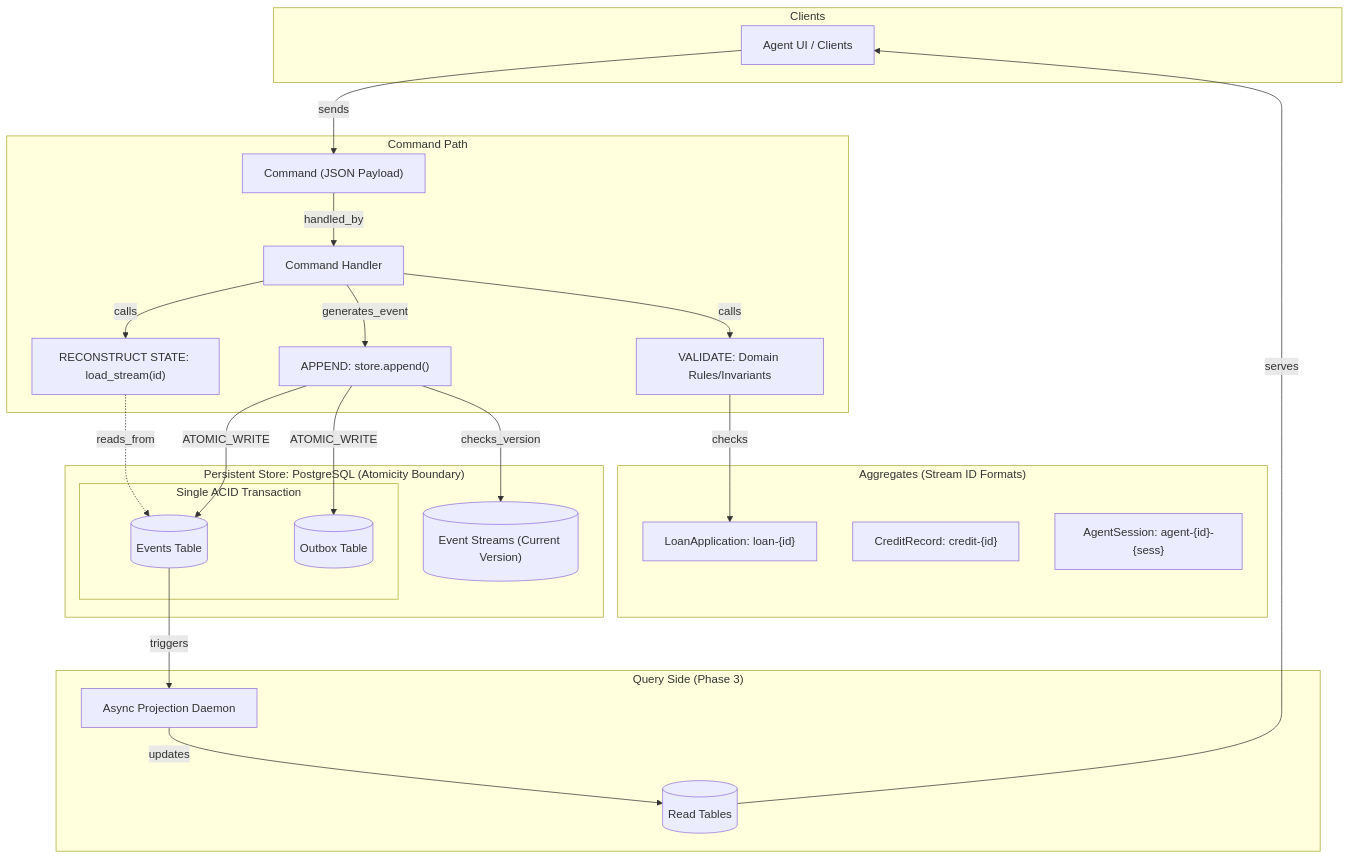
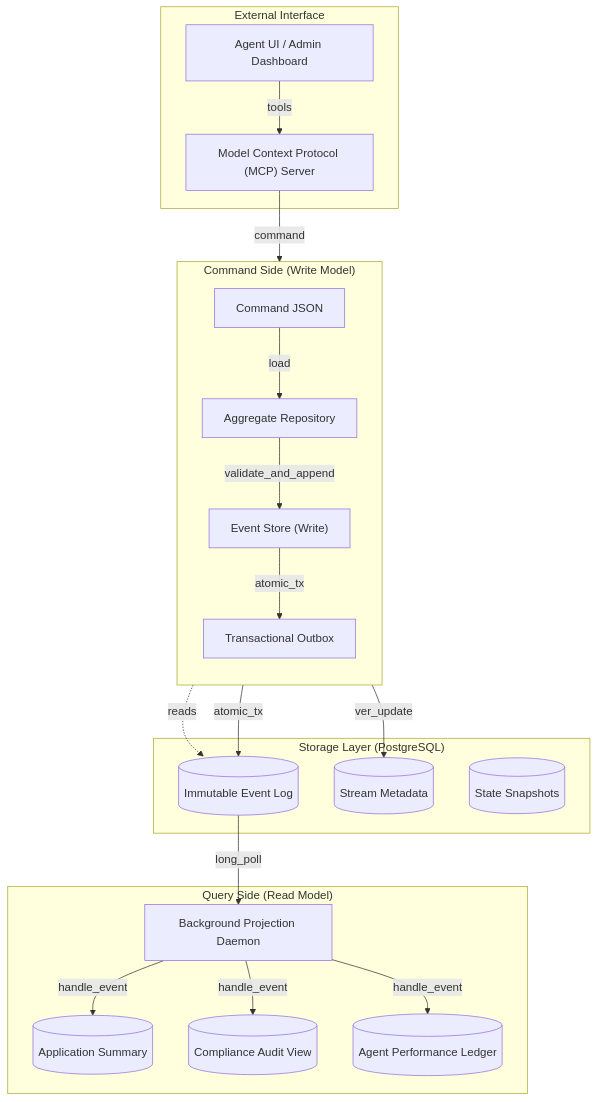
The diagram in FINAL_REPORT.md (richh-s/event-ledger-system), drawn with Mermaid before and after one commit. The commit also changed other lines of this file and 4 other files, not shown here.

````diff
--- a/FINAL_REPORT.md
+++ b/FINAL_REPORT.md
@@ -33,49 +77,42 @@
 ```mermaid
 graph TD
-    subgraph Clients
-        WEB["Agent UI / Clients"]
+    subgraph "External Interface"
+        UI["Agent UI / Admin Dashboard"]
+        MCP["Model Context Protocol (MCP) Server"]
     end
 
-    subgraph "Command Path"
-        CMD["Command (JSON Payload)"]
-        HND["Command Handler"]
-        LOAD["RECONSTRUCT STATE: load_stream(id)"]
-        VAL["VALIDATE: Domain Rules/Invariants"]
-        APPEND["APPEND: store.append()"]
+    subgraph "Command Side (Write Model)"
+        direction TB
+        CMD["Command JSON"]
+        REPO["Aggregate Repository"]
+        ES["Event Store (Write)"]
+        OUT["Transactional Outbox"]
     end
 
-    subgraph "Aggregates (Stream ID Formats)"
-        LA["LoanApplication: loan-{id}"]
-        CR["CreditRecord: credit-{id}"]
-        AS["AgentSession: agent-{id}-{sess}"]
+    subgraph "Storage Layer (PostgreSQL)"
+        DB_LOG[("Immutable Event Log")]
+        DB_META[("Stream Metadata")]
+        DB_SNAP[("State Snapshots")]
     end
 
-    subgraph "Persistent Store: PostgreSQL (Atomicity Boundary)"
-        subgraph "Single ACID Transaction"
-            DB_EVENTS[("Events Table")]
-            DB_OUTBOX[("Outbox Table")]
-        end
-        DB_STREAMS[("Event Streams (Current Version)")]
+    subgraph "Query Side (Read Model)"
+        DAEMON["Background Projection Daemon"]
+        RM1[("Application Summary")]
+        RM2[("Compliance Audit View")]
+        RM3[("Agent Performance Ledger")]
     end
 
-    subgraph "Query Side (Phase 3)"
-        DAEMON["Async Projection Daemon"]
-        READ_MODELS[("Read Tables")]
-    end
-
-    WEB -- sends --> CMD
-    CMD -- handled_by --> HND
-    HND -- calls --> LOAD
-    LOAD -. reads_from .-> DB_EVENTS
-    HND -- calls --> VAL
-    VAL -- checks --> LA
-    HND -- generates_event --> APPEND
+    UI -- tools --> MCP
+    MCP -- command --> CMD
+    CMD -- load --> REPO
+    REPO -. reads .-> DB_LOG
+    REPO -- validate_and_append --> ES
+    ES -- atomic_tx --> DB_LOG
+    ES -- atomic_tx --> OUT
+    ES -- ver_update --> DB_META
     
-    APPEND -- ATOMIC_WRITE --> DB_EVENTS
-    APPEND -- ATOMIC_WRITE --> DB_OUTBOX
-    APPEND -- checks_version --> DB_STREAMS
-    
-    DB_EVENTS -- triggers --> DAEMON
-    DAEMON -- updates --> READ_MODELS
-    READ_MODELS -- serves --> WEB
+    DB_LOG -- long_poll --> DAEMON
+    DAEMON -- handle_event --> RM1
+    DAEMON -- handle_event --> RM2
+    DAEMON -- handle_event --> RM3
 ```
````
